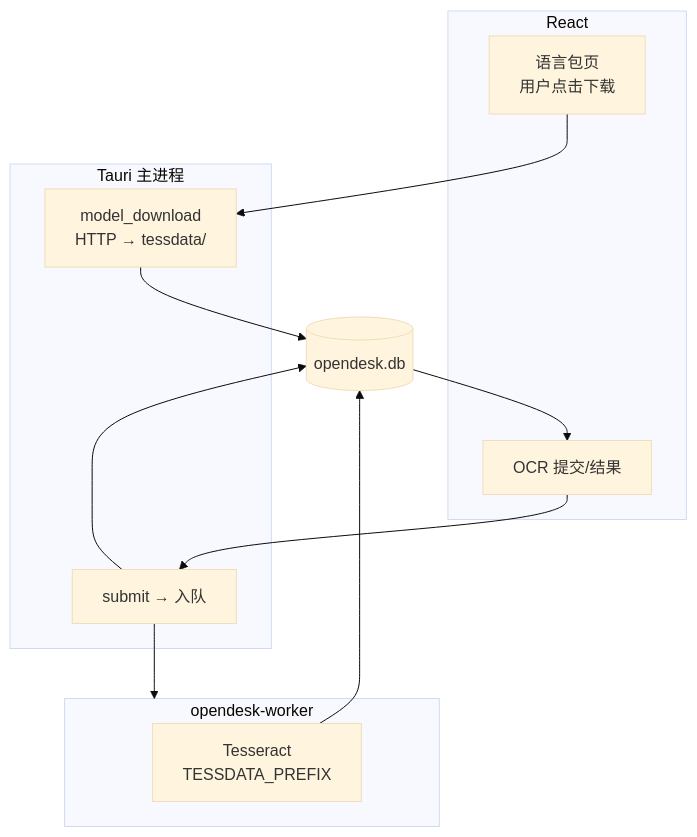
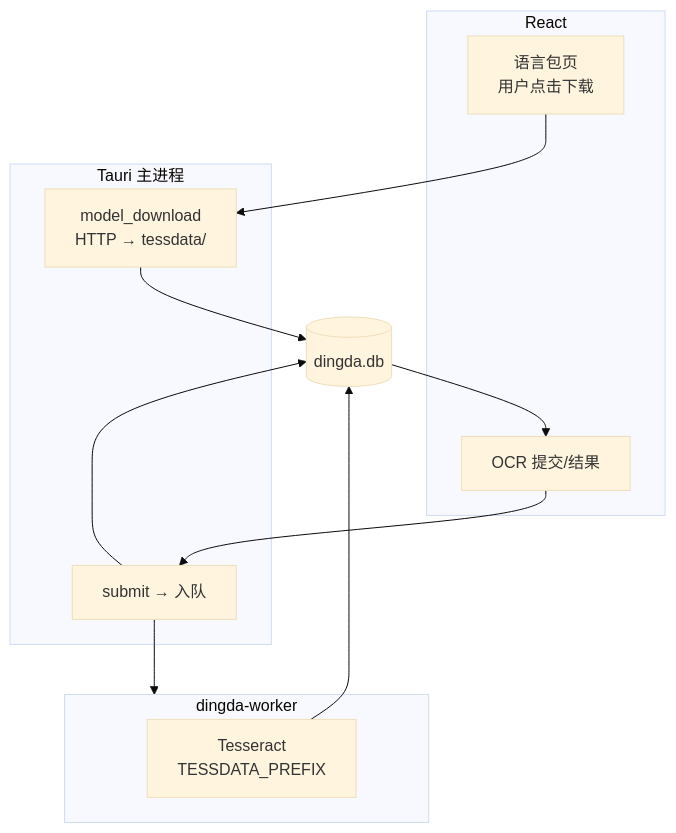
One commit to kingning2/OpenDesk changed the diagram in docs/managed/domains/ocr/README.md. Above: the diagram before and after it, drawn with Mermaid (base theme). The commit also changed other lines of this file and 451 other files, not shown here.

````diff
--- a/docs/managed/domains/ocr/README.md
+++ b/docs/managed/domains/ocr/README.md
@@ -43,22 +43,22 @@
 ```mermaid
 flowchart TB
     subgraph UI["React"]
         LP[语言包页\n用户点击下载]
         OCR[OCR 提交/结果]
     end
     subgraph Main["Tauri 主进程"]
         DL[model_download\nHTTP → tessdata/]
         ENQ[submit → 入队]
     end
-    subgraph Worker["opendesk-worker"]
+    subgraph Worker["dingda-worker"]
         TE[Tesseract\nTESSDATA_PREFIX]
     end
-    DB[(opendesk.db)]
+    DB[(dingda.db)]
 
     LP --> DL
     DL --> DB
     OCR --> ENQ --> DB
     ENQ --> Worker
     TE --> DB
     DB --> OCR
 ```
````
